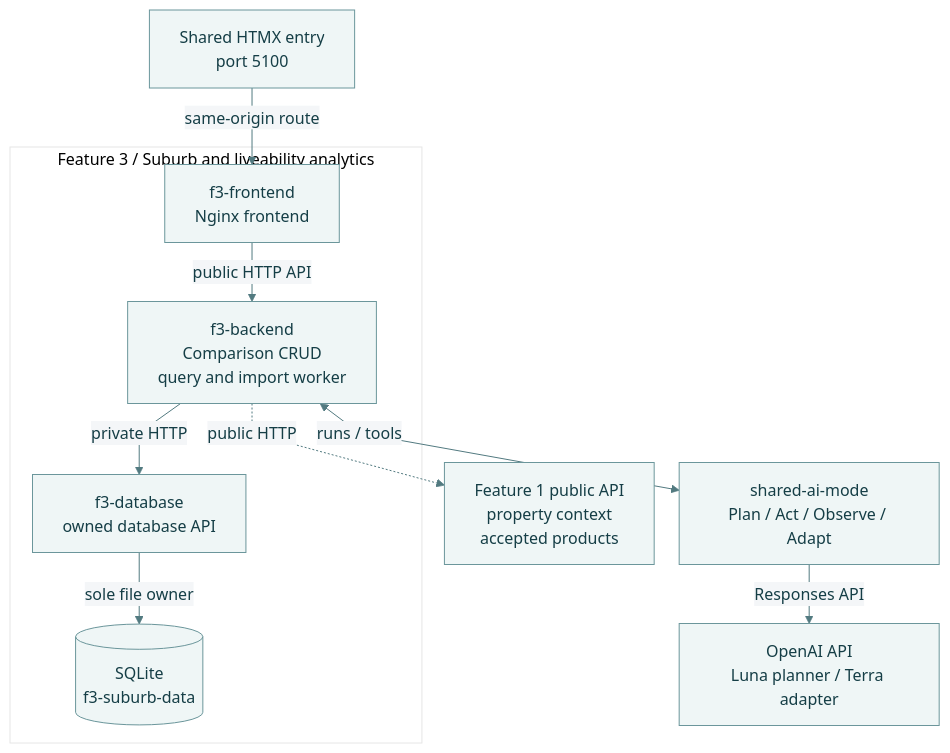
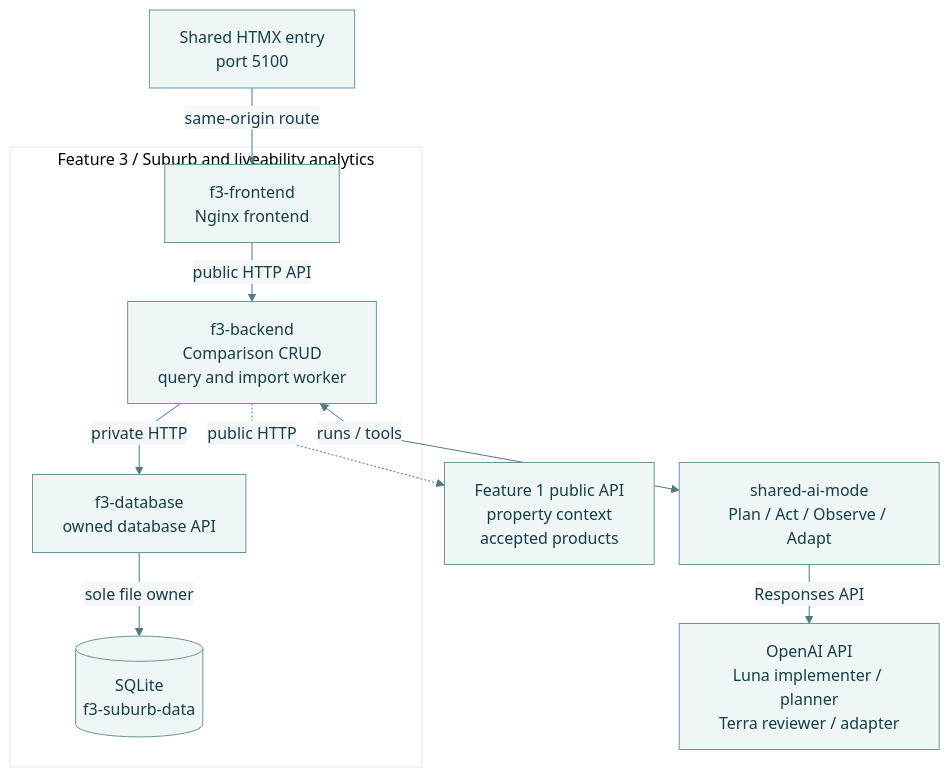
One commit to MattShelton04/41026ASDProject changed the diagram in docs/reports/diagrams/release-0/feature-3-runtime.mmd. Above: the diagram before and after it, drawn with Mermaid. The commit also changed 19 other files, not shown here.

Commit message:
docs(report): refine Release 0 narrative and diagrams

```diff
--- a/docs/reports/diagrams/release-0/feature-3-runtime.mmd
+++ b/docs/reports/diagrams/release-0/feature-3-runtime.mmd
@@ -1,11 +1,11 @@
 %%{init: {"theme":"base","themeVariables":{"fontFamily":"Arial","fontSize":"16px","primaryColor":"#eff6f6","primaryBorderColor":"#6b969b","primaryTextColor":"#153e46","lineColor":"#527a80","secondaryColor":"#f4f6f8","tertiaryColor":"#ffffff"},"flowchart":{"curve":"linear","nodeSpacing":25,"rankSpacing":35}}}%%
 flowchart TB
     edge["Shared HTMX entry<br/>port 5100"] -->|same-origin route| front
     subgraph feature["Feature 3 / Suburb and liveability analytics"]
     front["f3-frontend<br/>Nginx frontend"] -->|public HTTP API| back
     back["f3-backend<br/>Comparison CRUD<br/>query and import worker"] -->|private HTTP| db["f3-database<br/>owned database API"]
     db -->|sole file owner| volume[("SQLite<br/>f3-suburb-data")]
     end
     back <-->|runs / tools| ai["shared-ai-mode<br/>Plan / Act / Observe / Adapt"]
-    ai -->|Responses API| model["OpenAI API<br/>Luna planner / Terra adapter"]
+    ai -->|Responses API| model["OpenAI API<br/>Luna implementer / planner<br/>Terra reviewer / adapter"]
     back -.->|public HTTP| upstream["Feature 1 public API<br/>property context<br/>accepted products"]
```
